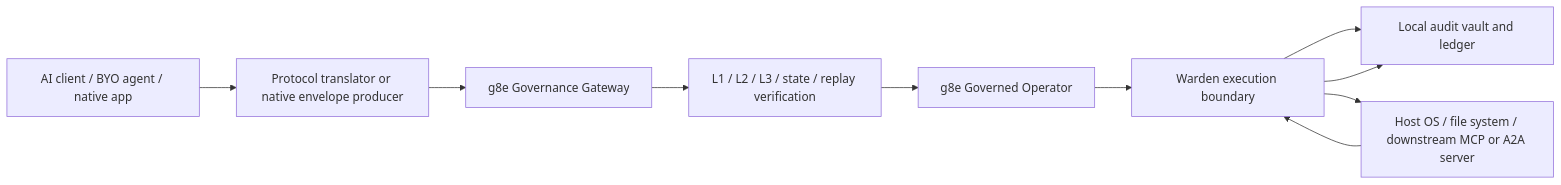
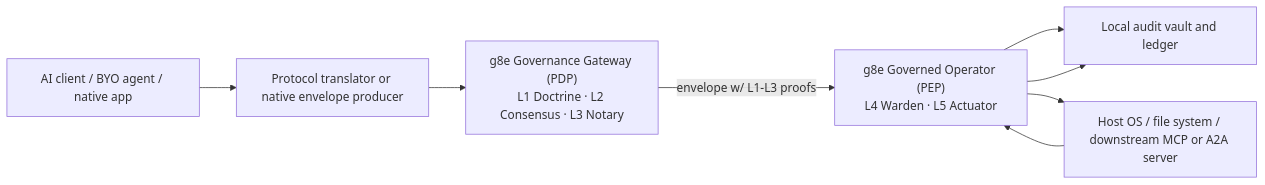
The second of 3 diagrams in README.md (g8e-ai/g8e), drawn with Mermaid before and after one commit. The commit also changed other lines of this file and 69 other files, not shown here.

````diff
--- a/README.md
+++ b/README.md
@@ -91,21 +103,17 @@
 ```mermaid
 flowchart LR
     Client["AI client / BYO agent / native app"]
     Ingress["Protocol translator or native envelope producer"]
-    Gateway["g8e Governance Gateway"]
-    Verify["L1 / L2 / L3 / state / replay verification"]
-    Operator["g8e Governed Operator"]
-    Warden["Warden execution boundary"]
+    Gateway["g8e Governance Gateway (PDP)<br/>L1 Doctrine · L2 Consensus · L3 Notary"]
+    Operator["g8e Governed Operator (PEP)<br/>L4 Warden · L5 Actuator"]
     Vault["Local audit vault and ledger"]
     Target["Host OS / file system / downstream MCP or A2A server"]
 
     Client --> Ingress
     Ingress --> Gateway
-    Gateway --> Verify
-    Verify --> Operator
-    Operator --> Warden
-    Warden --> Vault
-    Warden --> Target
-    Target --> Warden
-    Warden --> Vault
+    Gateway -- "envelope w/ L1-L3 proofs" --> Operator
+    Operator --> Vault
+    Operator --> Target
+    Target --> Operator
+    Operator --> Vault
 ```
````
